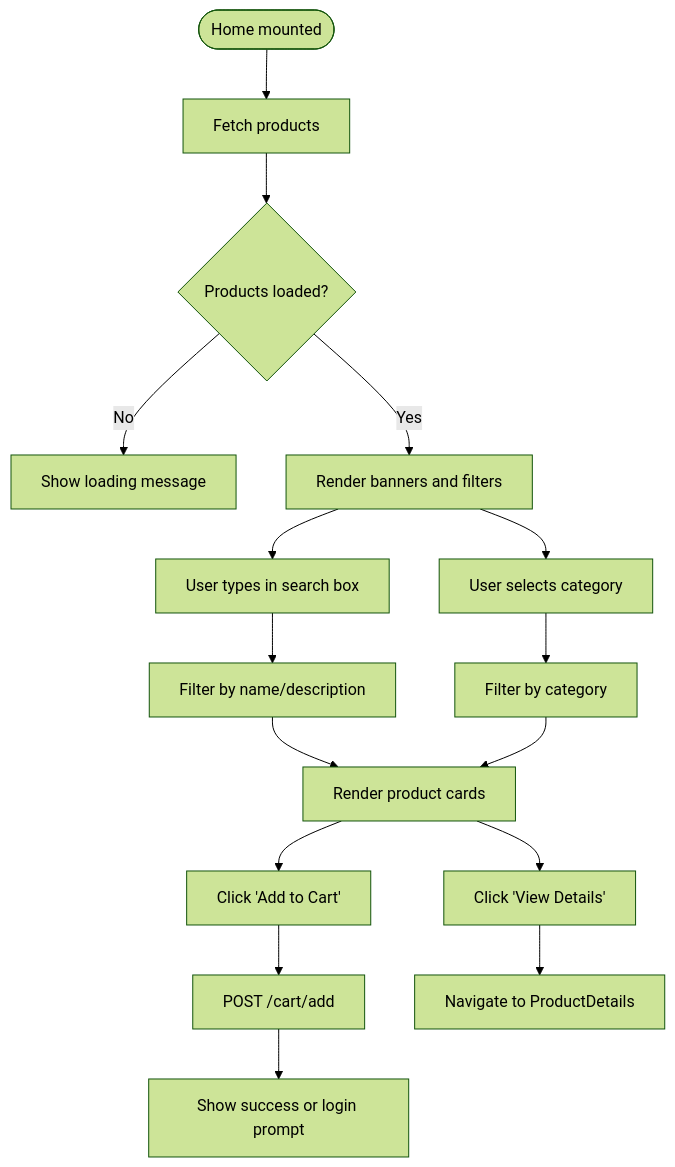
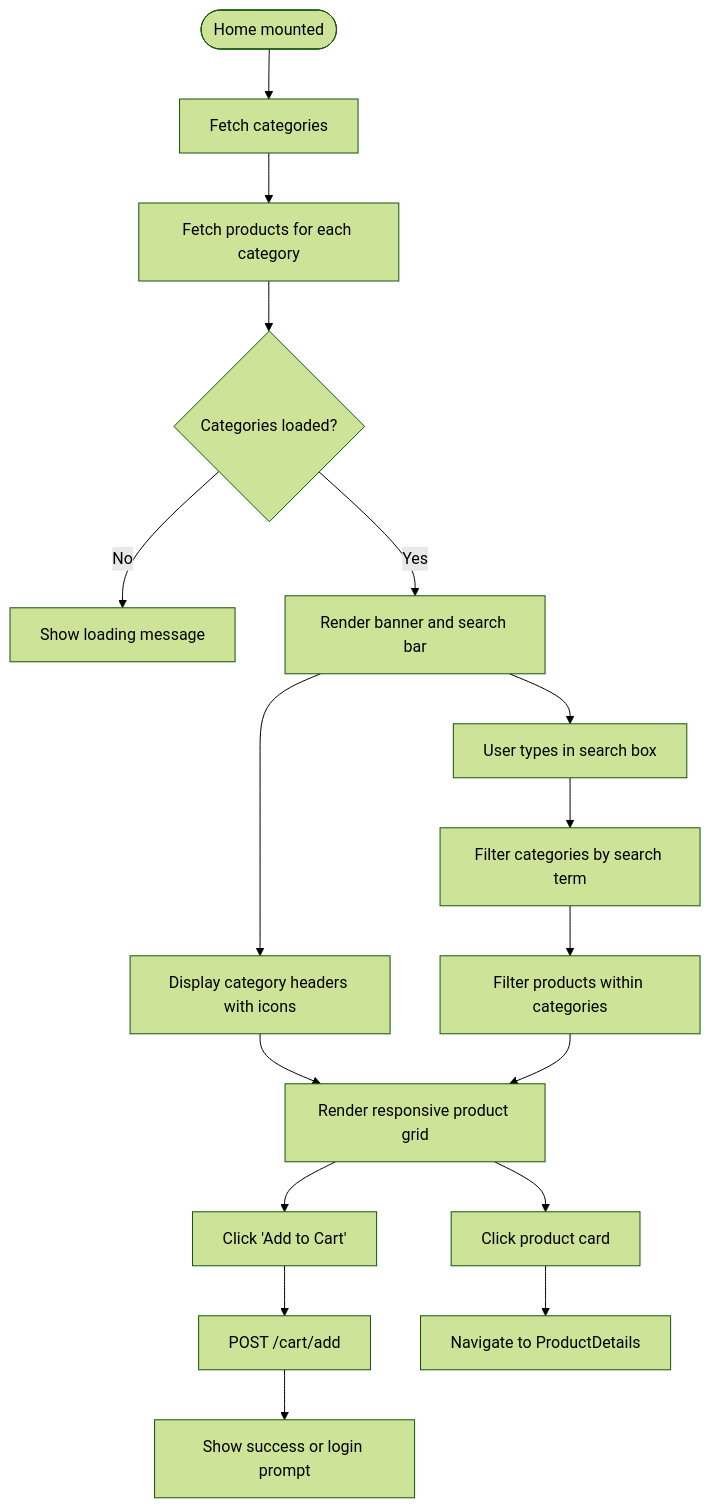
One commit to Pavan-PSPK9032/TrendsandToss changed the third of 9 diagrams in .qoder/repowiki/en/content/Shopping Experience/Shopping Experience.md. Above: the diagram before and after it, drawn with Mermaid (forest theme). The commit also changed other lines of this file and 9 other files, not shown here.

Commit message:
Mobile UI improvements: 2-col grid, swipe images, remove pincode from product details, optimize spacing

````diff
--- a/.qoder/repowiki/en/content/Shopping Experience/Shopping Experience.md
+++ b/.qoder/repowiki/en/content/Shopping Experience/Shopping Experience.md
@@ -242,18 +268,19 @@
 ```mermaid
 flowchart TD
-Start(["Home mounted"]) --> Load["Fetch products"]
-Load --> Done{"Products loaded?"}
+Start(["Home mounted"]) --> LoadCategories["Fetch categories"]
+LoadCategories --> LoadProducts["Fetch products for each category"]
+LoadProducts --> Done{"Categories loaded?"}
 Done --> |No| Loading["Show loading message"]
-Done --> |Yes| Render["Render banners and filters"]
+Done --> |Yes| Render["Render banner and search bar"]
 Render --> Search["User types in search box"]
-Search --> Filter["Filter by name/description"]
-Render --> Category["User selects category"]
-Category --> FilterCat["Filter by category"]
-Filter --> Cards["Render product cards"]
-FilterCat --> Cards
-Cards --> AddToCart["Click 'Add to Cart'"]
+Search --> FilterCategories["Filter categories by search term"]
+FilterCategories --> FilterProducts["Filter products within categories"]
+Render --> CategoryHeaders["Display category headers with icons"]
+CategoryHeaders --> ProductsGrid["Render responsive product grid"]
+FilterProducts --> ProductsGrid
+ProductsGrid --> AddToCart["Click 'Add to Cart'"]
 AddToCart --> APIAdd["POST /cart/add"]
 APIAdd --> Alert["Show success or login prompt"]
-Cards --> ViewDetails["Click 'View Details'"]
+ProductsGrid --> ViewDetails["Click product card"]
 ViewDetails --> NavigatePDP["Navigate to ProductDetails"]
 ```
````
